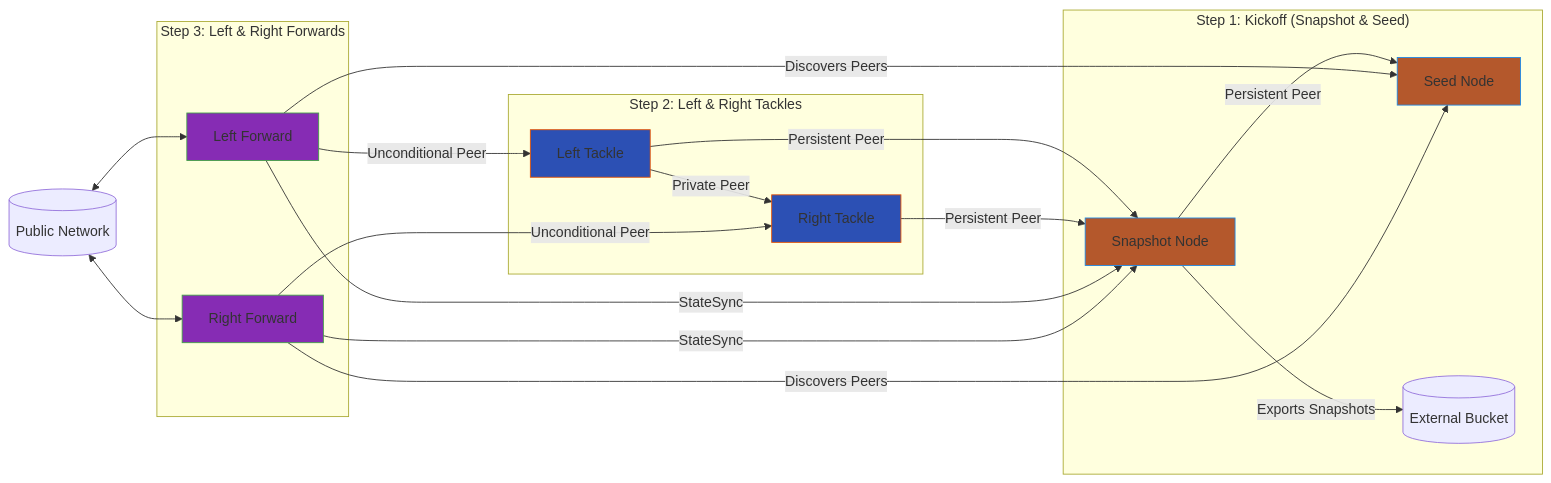
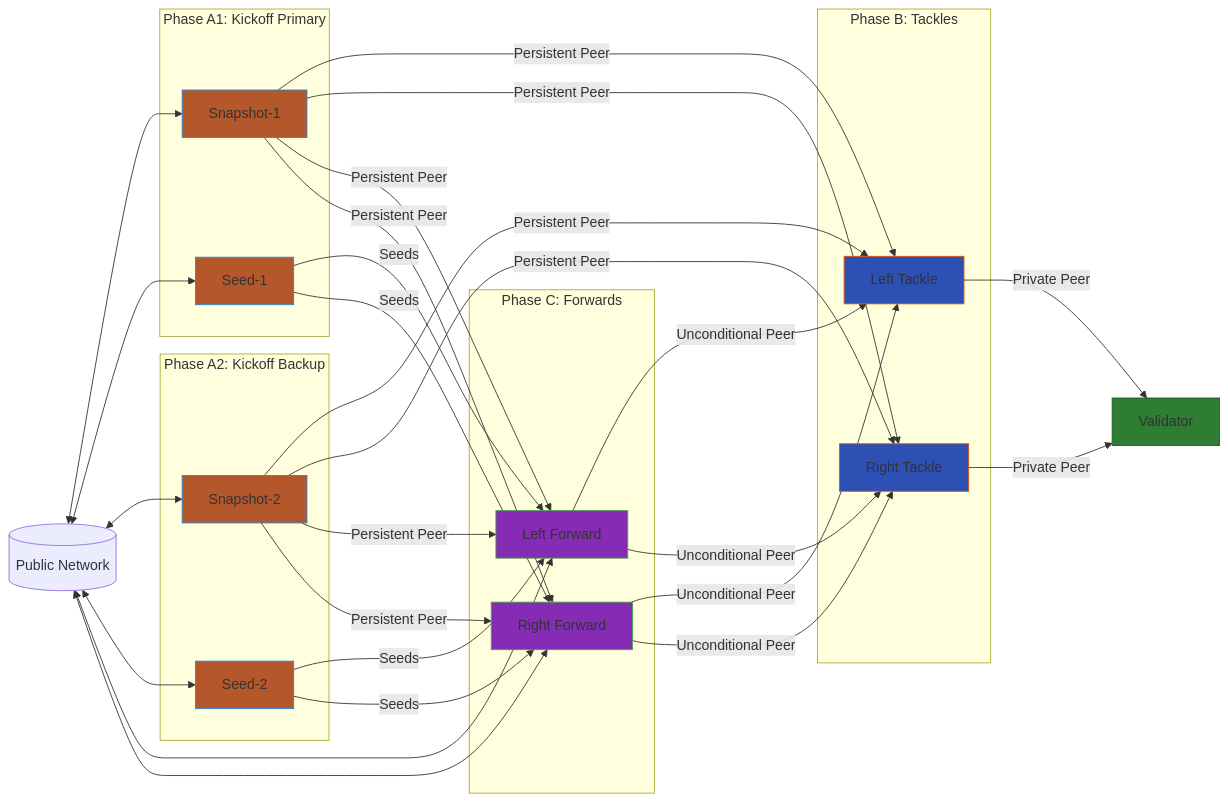
Before and after one commit to permissionlessweb/o-line: the diagram in playbook/oline-sdl/README.md, drawn with Mermaid. The commit also changed other lines of this file and 9 other files, not shown here.

````diff
--- a/playbook/oline-sdl/README.md
+++ b/playbook/oline-sdl/README.md
@@ -56,33 +126,59 @@
 ```mermaid
 graph LR
-    subgraph "Step 1: Kickoff (Snapshot & Seed)"
-        Snapshot[Snapshot Node] -->|Persistent Peer| Seed[Seed Node]
-        Snapshot -->|Exports Snapshots| Bucket[(External Bucket)]
+    Network[(Public Network)] <--> S1
+    Network <--> Sd1
+    Network <--> S2
+    Network <--> Sd2
+    Network <--> LF
+    Network <--> RF
+
+    subgraph "Phase A1: Kickoff Primary"
+        S1[Snapshot-1]
+        Sd1[Seed-1]
     end
 
-    subgraph "Step 2: Left & Right Tackles"
-        LT[Left Tackle] -->|Persistent Peer| Snapshot
-        RT[Right Tackle] -->|Persistent Peer| Snapshot
-        LT -->|Private Peer| RT
+    subgraph "Phase A2: Kickoff Backup"
+        S2[Snapshot-2]
+        Sd2[Seed-2]
     end
 
-    subgraph "Step 3: Left & Right Forwards"
-        LF[Left Forward] -->|StateSync| Snapshot
-        LF -->|Discovers Peers| Seed
-        LF -->|Unconditional Peer| LT
-        RF[Right Forward] -->|StateSync| Snapshot
-        RF -->|Discovers Peers| Seed
-        RF -->|Unconditional Peer| RT
+    S1 -->|Persistent Peer| LT
+    S1 -->|Persistent Peer| RT
+    S2 -->|Persistent Peer| LT
+    S2 -->|Persistent Peer| RT
+    S1 -->|Persistent Peer| LF
+    S1 -->|Persistent Peer| RF
+    S2 -->|Persistent Peer| LF
+    S2 -->|Persistent Peer| RF
+    Sd1 -->|Seeds| LF
+    Sd1 -->|Seeds| RF
+    Sd2 -->|Seeds| LF
+    Sd2 -->|Seeds| RF
+
+    subgraph "Phase C: Forwards"
+        LF[Left Forward]
+        RF[Right Forward]
     end
 
-    Network[(Public Network)] <--> LF
-    Network <--> RF
+    LF -->|Unconditional Peer| LT
+    LF -->|Unconditional Peer| RT
+    RF -->|Unconditional Peer| LT
+    RF -->|Unconditional Peer| RT
 
+    subgraph "Phase B: Tackles"
+        LT[Left Tackle]
+        RT[Right Tackle]
+    end
+
+    LT -->|Private Peer| Validator[Validator]
+    RT -->|Private Peer| Validator
+
+    classDef validator fill:#2e7d32,stroke:#1b5e20;
     classDef snapshot fill:#b4582c,stroke:#1e88e5;
-    classDef seed fill:#b4582c,stroke:#1e88e5;
     classDef tackle fill:#2c50b4,stroke:#e65100;
     classDef forward fill:#862cb4,stroke:#43a047;
-    class Snapshot,Seed snapshot;
+    class Validator validator;
+    class S1,Sd1,S2,Sd2 snapshot;
     class LT,RT tackle;
     class LF,RF forward;
 ```
````
